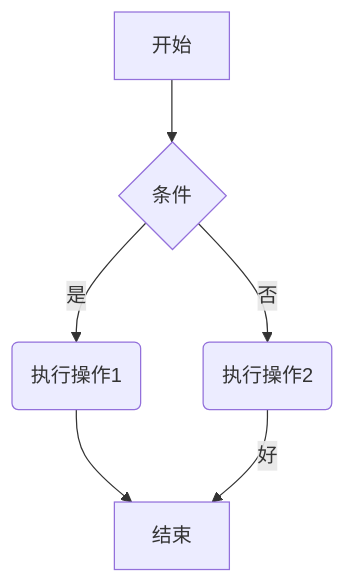
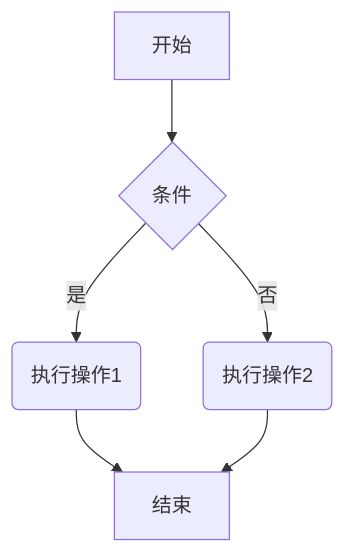
One commit to aa1555/Repository changed the second of 8 diagrams in Python/10.Mermaid语法(生成图表).md. Above: the diagram before and after it, drawn with Mermaid. The commit also changed other lines of this file, not shown here.

Commit message:
更新 10.Mermaid语法(生成图表).md

````diff
--- a/Python/10.Mermaid语法(生成图表).md
+++ b/Python/10.Mermaid语法(生成图表).md
@@ -50,8 +46,8 @@
 ```mermaid
 graph TD
     A[开始] --> B{条件}
     B -->|是| C(执行操作1)
-    B -->|否| D(执行操作2)
+    B --否--> D(执行操作2)
     C --> E[结束]
-    D --好--> E
+    D --> E
 ```
````
